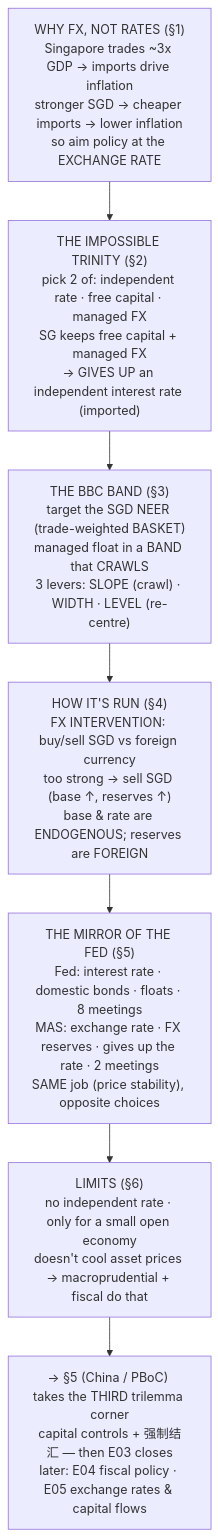
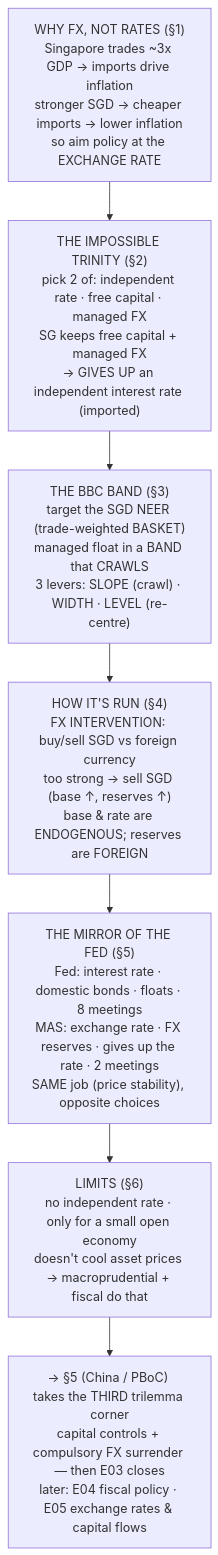
Before and after one commit to ustcer1984/Computer-Science-Software-Engineering-for-AI-Engineer: the diagram in hobby/economy-and-finance/03-money-and-central-banks/04-the-mas-model.md, drawn with Mermaid. The commit also changed other lines of this file and 4 other files, not shown here.

````diff
--- a/hobby/economy-and-finance/03-money-and-central-banks/04-the-mas-model.md
+++ b/hobby/economy-and-finance/03-money-and-central-banks/04-the-mas-model.md
@@ -274,16 +274,16 @@
 ```mermaid
 flowchart TD
     OPEN["WHY FX, NOT RATES (§1)<br/>Singapore trades ~3x GDP → imports drive inflation<br/>stronger SGD → cheaper imports → lower inflation<br/>so aim policy at the EXCHANGE RATE"]
     TRILEMMA["THE IMPOSSIBLE TRINITY (§2)<br/>pick 2 of: independent rate · free capital · managed FX<br/>SG keeps free capital + managed FX<br/>→ GIVES UP an independent interest rate (imported)"]
     BBC["THE BBC BAND (§3)<br/>target the SGD NEER (trade-weighted BASKET)<br/>managed float in a BAND that CRAWLS<br/>3 levers: SLOPE (crawl) · WIDTH · LEVEL (re-centre)"]
     FX["HOW IT'S RUN (§4)<br/>FX INTERVENTION: buy/sell SGD vs foreign currency<br/>too strong → sell SGD (base ↑, reserves ↑)<br/>base &amp; rate are ENDOGENOUS; reserves are FOREIGN"]
     COMPARE["THE MIRROR OF THE FED (§5)<br/>Fed: interest rate · domestic bonds · floats · 8 meetings<br/>MAS: exchange rate · FX reserves · gives up the rate · 2 meetings<br/>SAME job (price stability), opposite choices"]
     LIMITS["LIMITS (§6)<br/>no independent rate · only for a small open economy<br/>doesn't cool asset prices → macroprudential + fiscal do that"]
-    NEXT["→ §5 (China / PBoC) takes the THIRD trilemma corner<br/>capital controls + 强制结汇 — then E03 closes<br/>later: E04 fiscal policy · E05 exchange rates &amp; capital flows"]
+    NEXT["→ §5 (China / PBoC) takes the THIRD trilemma corner<br/>capital controls + compulsory FX surrender — then E03 closes<br/>later: E04 fiscal policy · E05 exchange rates &amp; capital flows"]
     OPEN --> TRILEMMA
     TRILEMMA --> BBC
     BBC --> FX
     FX --> COMPARE
     COMPARE --> LIMITS
     LIMITS --> NEXT
 ```
````
